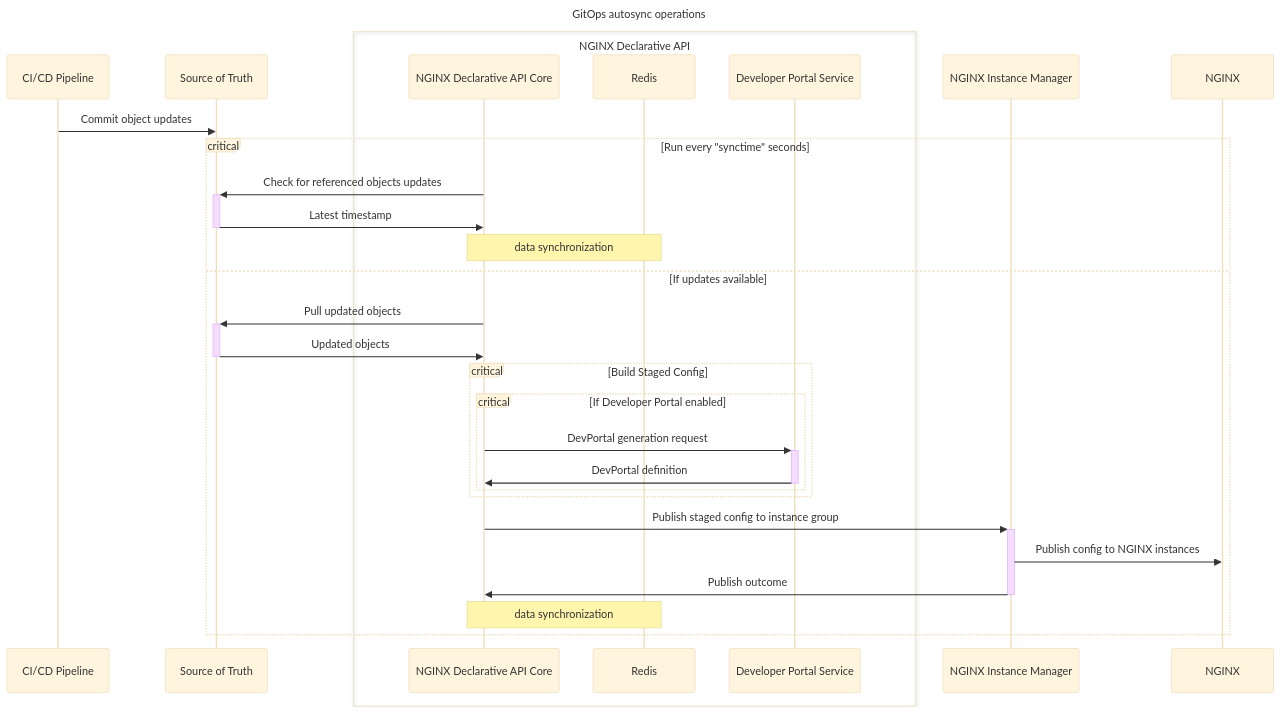
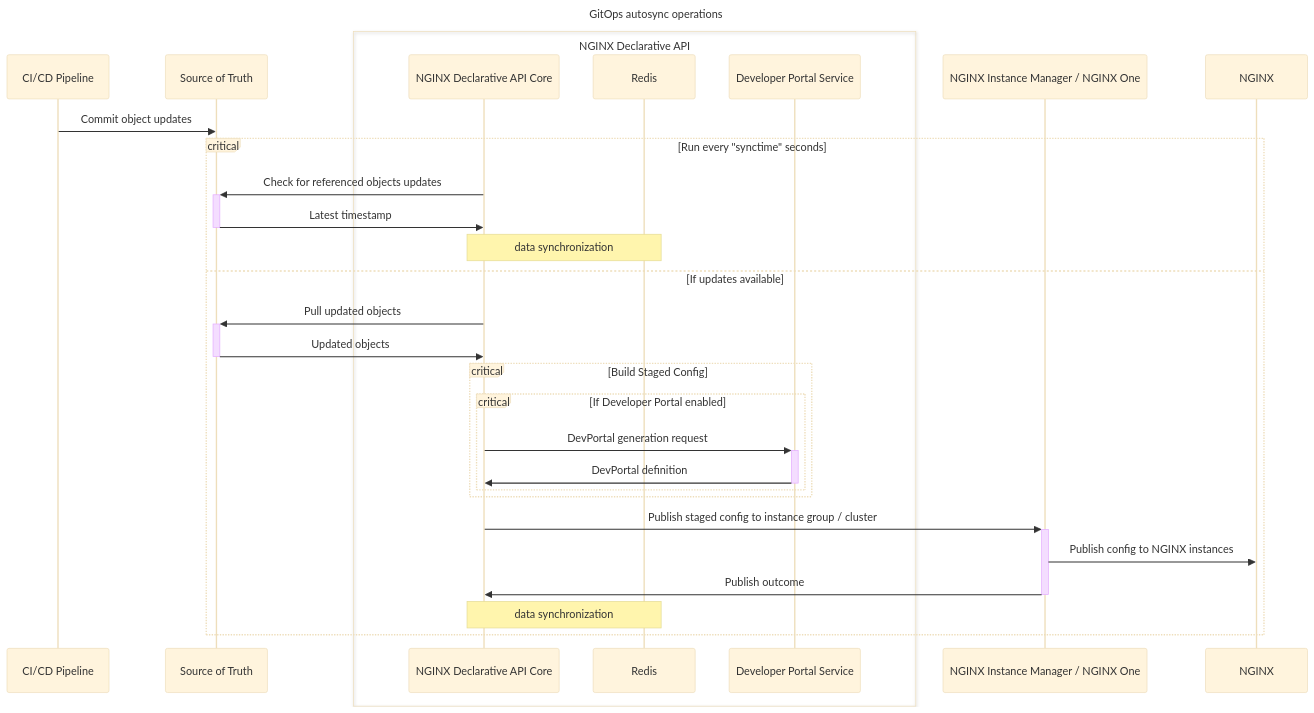
Before and after one commit to f5devcentral/NGINX-Declarative-API: the second of 2 diagrams in README.md, drawn with Mermaid (base theme). The commit also changed other lines of this file, not shown here.

````diff
--- a/README.md
+++ b/README.md
@@ -80,47 +86,47 @@
 ```mermaid
 sequenceDiagram
 
 title GitOps autosync operations
 
 participant CI/CD Pipeline
 participant Source of Truth
 participant NGINX Declarative API Core
 participant Redis
 participant Developer Portal Service
-participant NGINX Instance Manager
+participant NGINX Instance Manager / NGINX One
 participant NGINX
 
 box NGINX Declarative API
     participant NGINX Declarative API Core
     participant Developer Portal Service
     participant Redis
 end
 
 CI/CD Pipeline ->> Source of Truth: Commit object updates
 
 critical Run every "synctime" seconds
 
 NGINX Declarative API Core ->>+ Source of Truth: Check for referenced objects updates
 Source of Truth ->>- NGINX Declarative API Core: Latest timestamp
 
 Note over NGINX Declarative API Core, Redis: data synchronization
 
 option If updates available
 NGINX Declarative API Core ->>+ Source of Truth: Pull updated objects
 Source of Truth ->>- NGINX Declarative API Core : Updated objects
 
 critical Build Staged Config
 critical If Developer Portal enabled
     NGINX Declarative API Core ->>+ Developer Portal Service: DevPortal generation request
     Developer Portal Service ->>- NGINX Declarative API Core: DevPortal definition
 end
 end
 
-NGINX Declarative API Core ->>+ NGINX Instance Manager: Publish staged config to instance group
-NGINX Instance Manager ->> NGINX: Publish config to NGINX instances
-NGINX Instance Manager ->>- NGINX Declarative API Core: Publish outcome
+NGINX Declarative API Core ->>+ NGINX Instance Manager / NGINX One: Publish staged config to instance group / cluster
+NGINX Instance Manager / NGINX One ->> NGINX: Publish config to NGINX instances
+NGINX Instance Manager / NGINX One ->>- NGINX Declarative API Core: Publish outcome
 
 Note over NGINX Declarative API Core, Redis: data synchronization
 
 end
 ```
````
